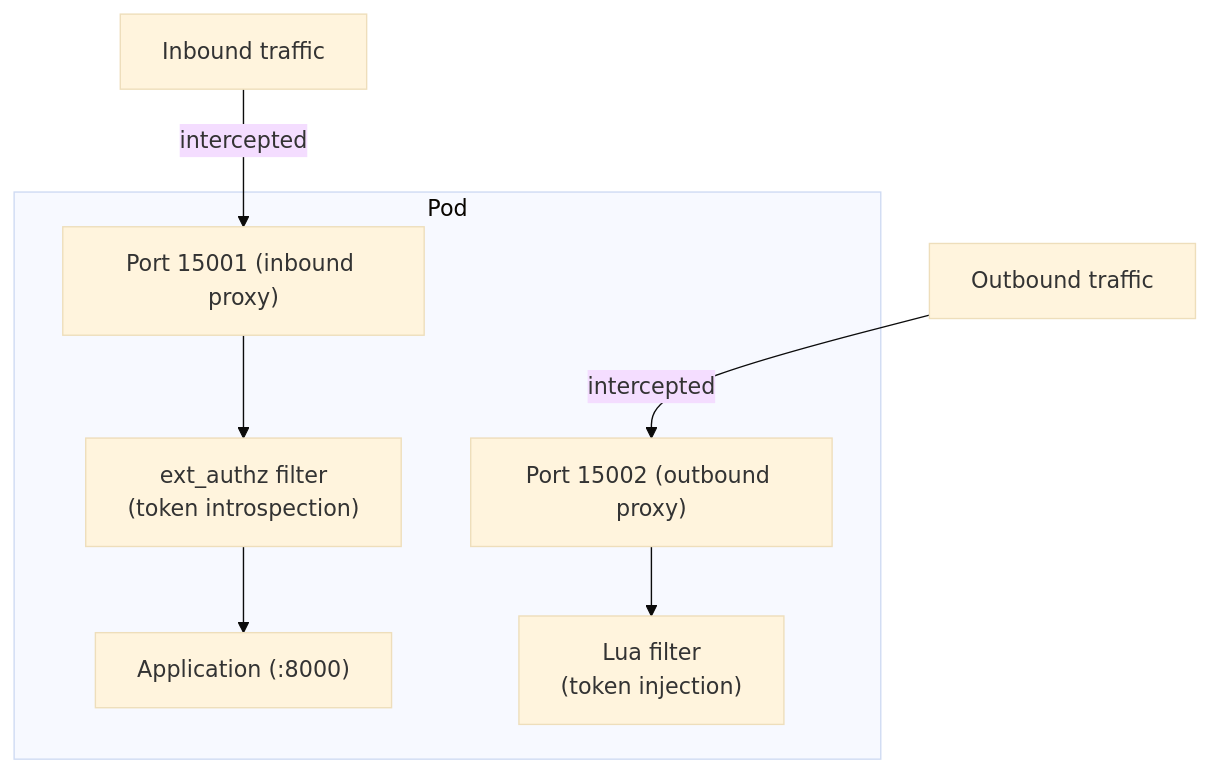
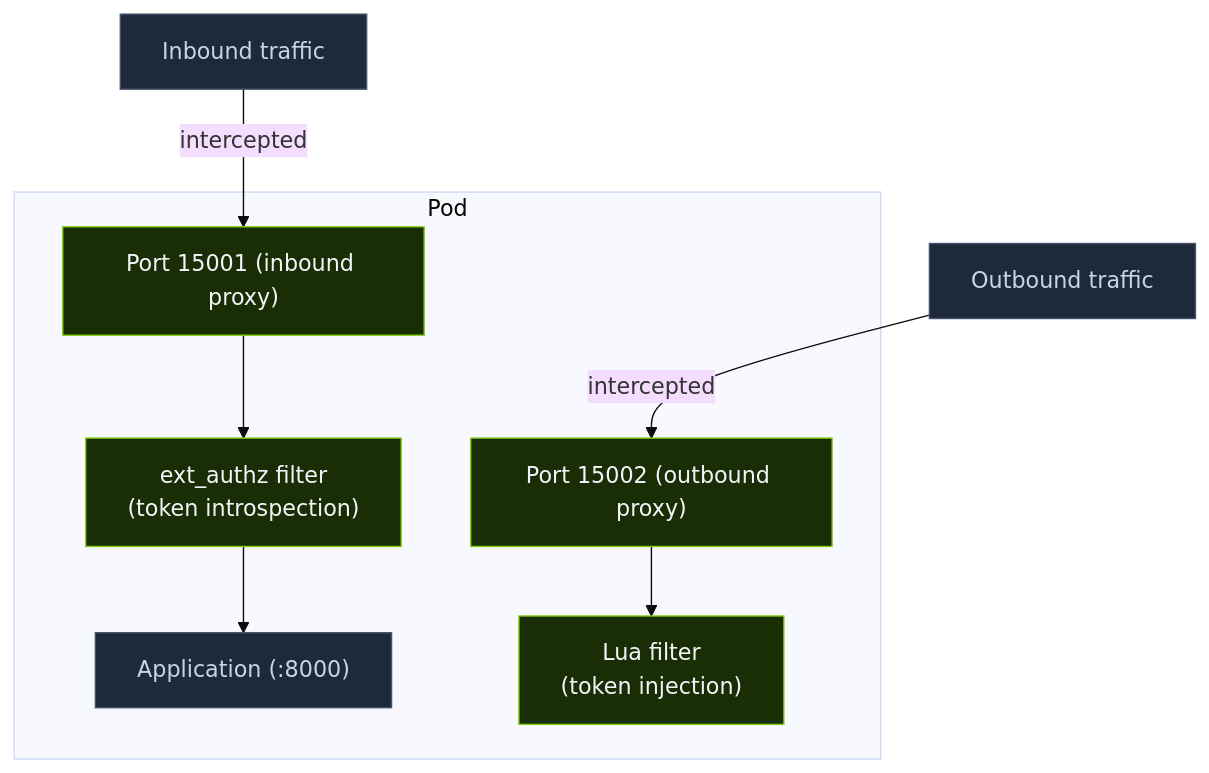
One commit to outshift-open/CASA changed the diagram in docs/ui/docs/architecture/sidecar.md. Above: the diagram before and after it, drawn with Mermaid (base theme). The commit also changed 8 other files, not shown here.

````diff
--- a/docs/ui/docs/architecture/sidecar.md
+++ b/docs/ui/docs/architecture/sidecar.md
@@ -22,15 +22,23 @@
 ```mermaid
 flowchart TB
     subgraph Pod
         IN["Port 15001 (inbound proxy)"]
         EXT["ext_authz filter\n(token introspection)"]
         APP["Application (:8000)"]
         OUT["Port 15002 (outbound proxy)"]
         LUA["Lua filter\n(token injection)"]
         IN --> EXT --> APP
         OUT --> LUA
     end
 
     Inbound["Inbound traffic"] -->|intercepted| IN
     Outbound["Outbound traffic"] -->|intercepted| OUT
+
+    style IN       fill:#1a2e05,stroke:#84cc16,color:#f1f5f9
+    style EXT      fill:#1a2e05,stroke:#84cc16,color:#f1f5f9
+    style LUA      fill:#1a2e05,stroke:#84cc16,color:#f1f5f9
+    style OUT      fill:#1a2e05,stroke:#84cc16,color:#f1f5f9
+    style APP      fill:#1e293b,stroke:#475569,color:#cbd5e1
+    style Inbound  fill:#1e293b,stroke:#475569,color:#cbd5e1
+    style Outbound fill:#1e293b,stroke:#475569,color:#cbd5e1
 ```
````
